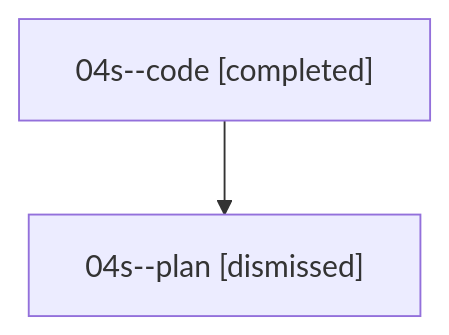
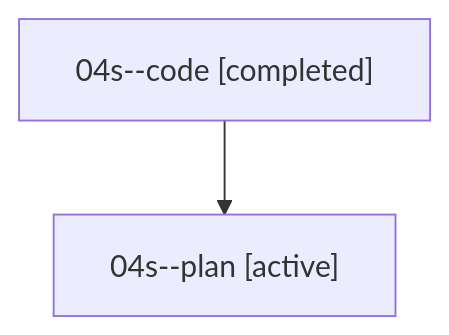
Before and after one commit to bobs-org/bob-cli--agents: the diagram in families/bbugyi200.athena.04s.md, drawn with Mermaid. The commit also changed other lines of this file and 1279 other files, not shown here.

````diff
--- a/families/bbugyi200.athena.04s.md
+++ b/families/bbugyi200.athena.04s.md
@@ -9,6 +9,6 @@
 ```mermaid
 flowchart TD
   n0["04s--code [completed]"]
-  n1["04s--plan [dismissed]"]
+  n1["04s--plan [active]"]
   n0 --> n1
 ```
````
